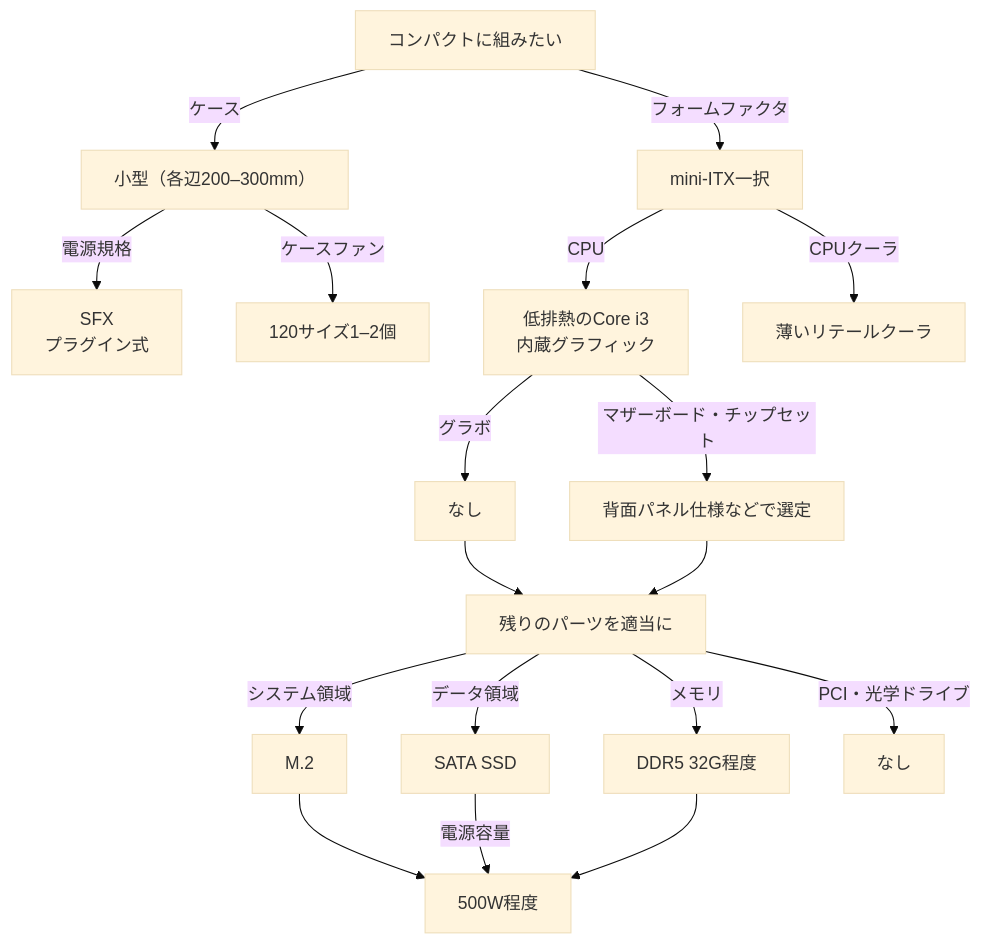
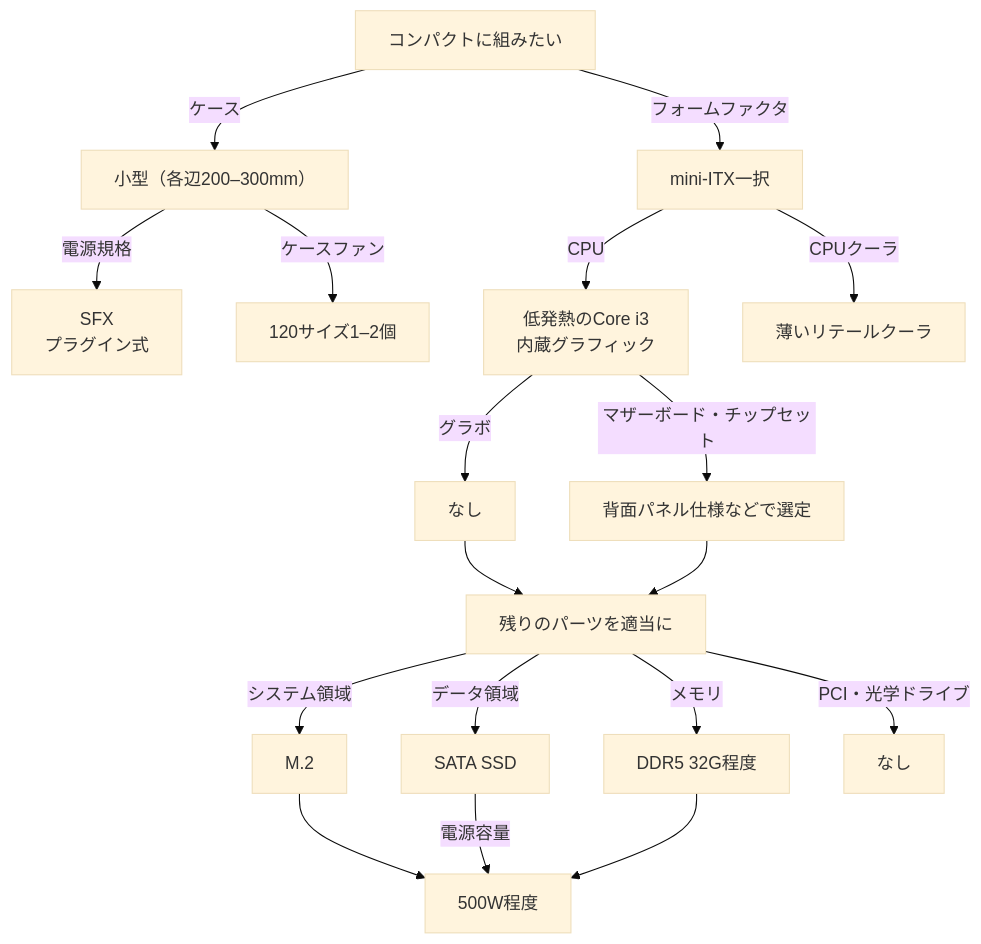
Before and after one commit to keimochizuki/lab_tech_note: the first of 4 diagrams in docs/building_pc.md, drawn with Mermaid (base theme). The commit also changed other lines of this file, not shown here.

````diff
--- a/docs/building_pc.md
+++ b/docs/building_pc.md
@@ -68,20 +68,20 @@
 ```mermaid
 flowchart TD;
 Start["コンパクトに組みたい"]--"ケース"-->Chassis["小型（各辺200&ndash;300mm）"];
 Chassis--"電源規格"-->Power["SFX<br>プラグイン式"];
 Chassis--"ケースファン"-->Casefan["120サイズ1&ndash;2個"];
 Start--"フォームファクタ"-->Formfactor["mini-ITX一択"];
-Formfactor--"CPU"-->CPU["低排熱のCore i3<br>内蔵グラフィック"];
+Formfactor--"CPU"-->CPU["低発熱のCore i3<br>内蔵グラフィック"];
 Formfactor--"CPUクーラ"-->CPUcooler["薄いリテールクーラ"];
 CPU--"グラボ"-->Graphicboard["なし"];
 CPU--"マザーボード・チップセット"-->Motherboard["背面パネル仕様などで選定"];
 Graphicboard-->Others;
 Motherboard-->Others["残りのパーツを適当に"];
 Others--"システム領域"-->System["M.2"];
 Others--"データ領域"-->Data["SATA SSD"];
 Others--"メモリ"-->Memory["DDR5 32G程度"];
 Others--"PCI・光学ドライブ"-->PCI["なし"];
 System-->TDP;
 Data--"電源容量"-->TDP["500W程度"];
 Memory-->TDP;
 ```
````
